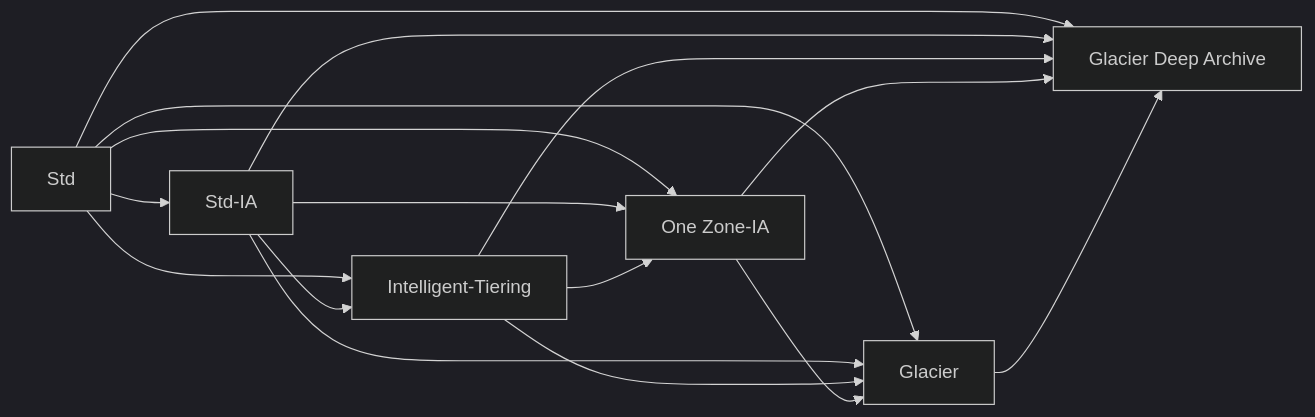
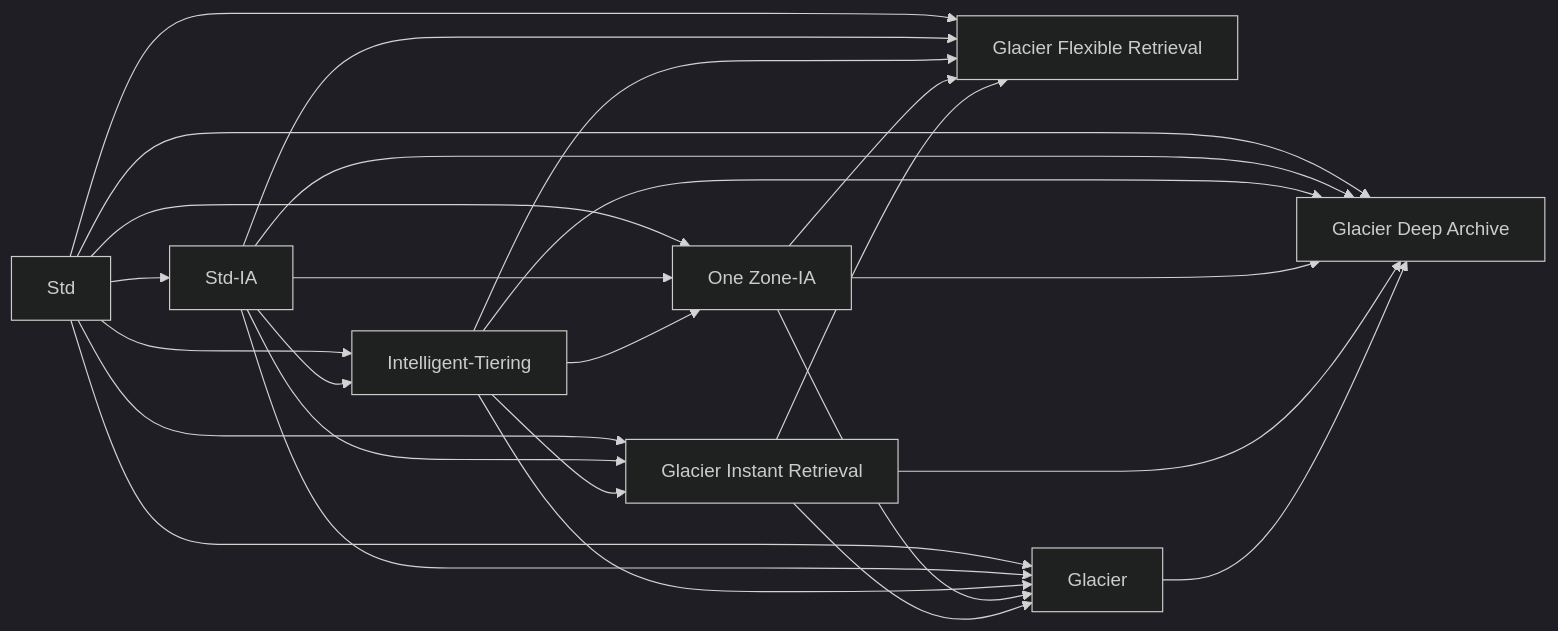
One commit to LongBu/AWS-SAP-C02-Study-Guide changed the third of 6 diagrams in README.md. Above: the diagram before and after it, drawn with Mermaid (dark theme).

Commit message:
s3 lifecycle update

````diff
--- a/README.md
+++ b/README.md
@@ -1652,18 +1652,28 @@
 ```mermaid
 graph LR
     A[Std] --> B[Std-IA]
     A --> C[Intelligent-Tiering]
     A --> D[One Zone-IA]
-    A --> E[Glacier]
-    A --> F[Glacier Deep Archive]
+    A --> E[Glacier Instant Retrieval]
+    A --> F[Glacier Flexible Retrieval]
+    A --> X[Glacier]
+    A --> Y[Glacier Deep Archive]
     B --> C
     B --> D
     B --> E
     B --> F
+    B --> X
+    B --> Y
     C --> D
     C --> E
     C --> F
-    D --> E
+    C --> X
+    C --> Y
     D --> F
+    D --> X
+    D --> Y
     E --> F
+    E --> X
+    E --> Y
+    X --> Y
 ```
````
